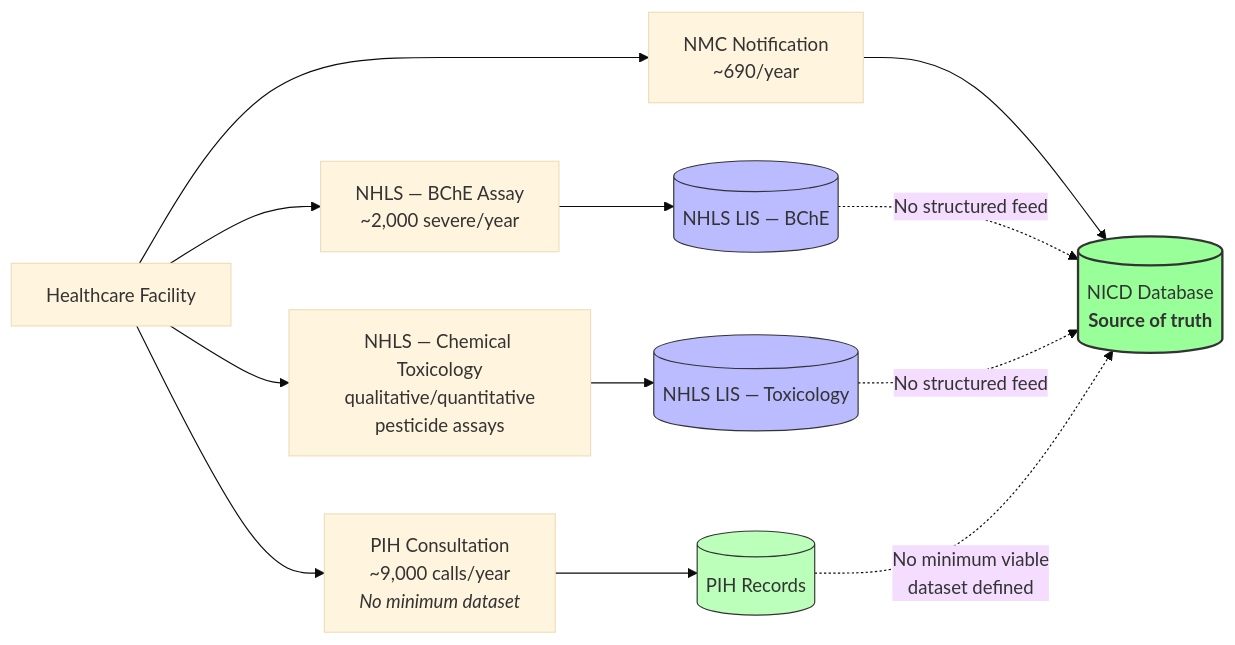
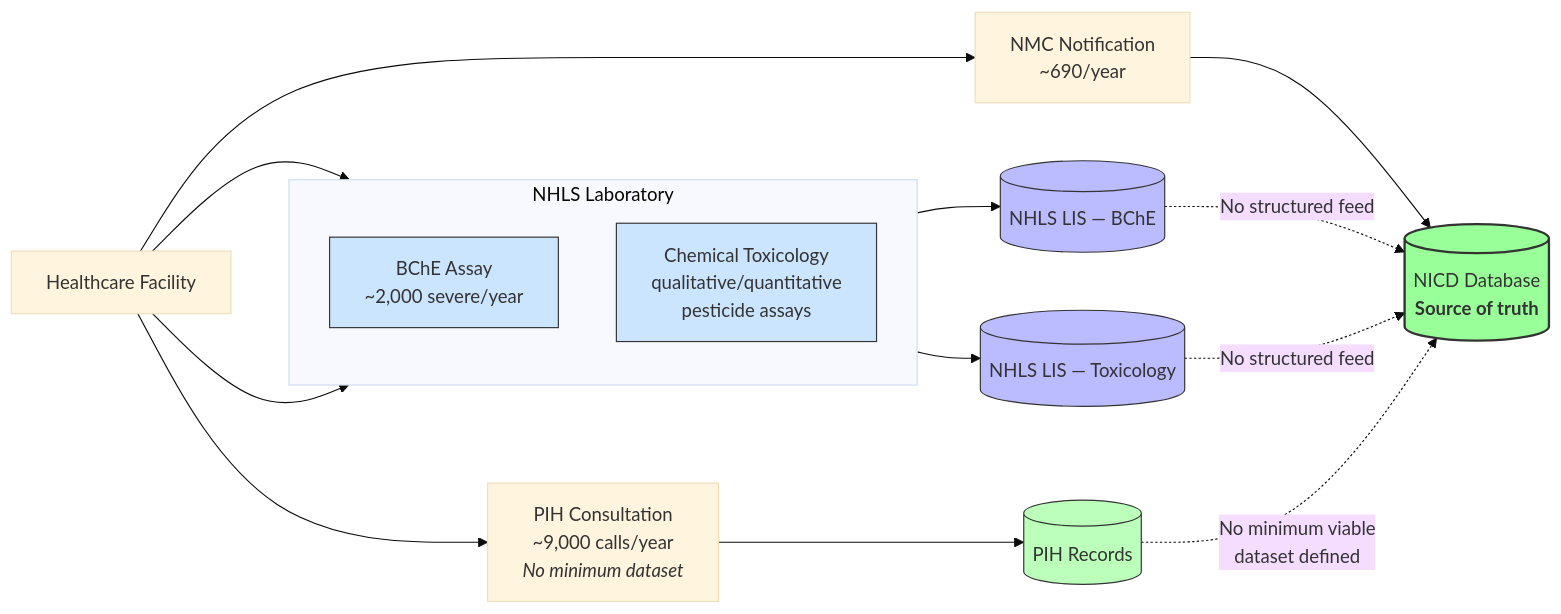
Before and after one commit to bridaybrummer/D2P_project: the first of 2 diagrams in posts/surveillance_concept_note.qmd, drawn with Mermaid (base theme).

Commit message:
Group NHLS BChE + Toxicology as separate boxes within NHLS subgraph

````diff
--- a/posts/surveillance_concept_note.qmd
+++ b/posts/surveillance_concept_note.qmd
@@ -49,23 +49,31 @@
 ```{mermaid}
 %%| label: fig-current-system
 %%| fig-cap: "Current (fragmented) surveillance architecture. NICD is the de facto source-of-truth for case notifications, but the laboratory (BChE + chemical toxicology) and PIH streams do not flow into it in a structured way."
 flowchart LR
     A[Healthcare Facility] --> B[NMC Notification<br/>~690/year]
-    A --> C1[NHLS — BChE Assay<br/>~2,000 severe/year]
-    A --> C2[NHLS — Chemical Toxicology<br/>qualitative/quantitative<br/>pesticide assays]
+    A --> C1
+    A --> C2
     A --> D[PIH Consultation<br/>~9,000 calls/year<br/><i>No minimum dataset</i>]
+
+    subgraph NHLS [NHLS Laboratory]
+        direction TB
+        C1[BChE Assay<br/>~2,000 severe/year]
+        C2[Chemical Toxicology<br/>qualitative/quantitative<br/>pesticide assays]
+    end
 
     B --> E[("NICD Database<br/><b>Source of truth</b>")]
     C1 --> F1[(NHLS LIS — BChE)]
     C2 --> F2[(NHLS LIS — Toxicology)]
     D --> G[(PIH Records)]
 
     F1 -.No structured feed.-> E
     F2 -.No structured feed.-> E
     G -.No minimum viable<br/>dataset defined.-> E
 
     style E fill:#9f9,stroke:#333,stroke-width:2px
+    style C1 fill:#cce5ff,stroke:#333
+    style C2 fill:#cce5ff,stroke:#333
     style F1 fill:#bbf,stroke:#333
     style F2 fill:#bbf,stroke:#333
     style G fill:#bfb,stroke:#333
 ```
````
